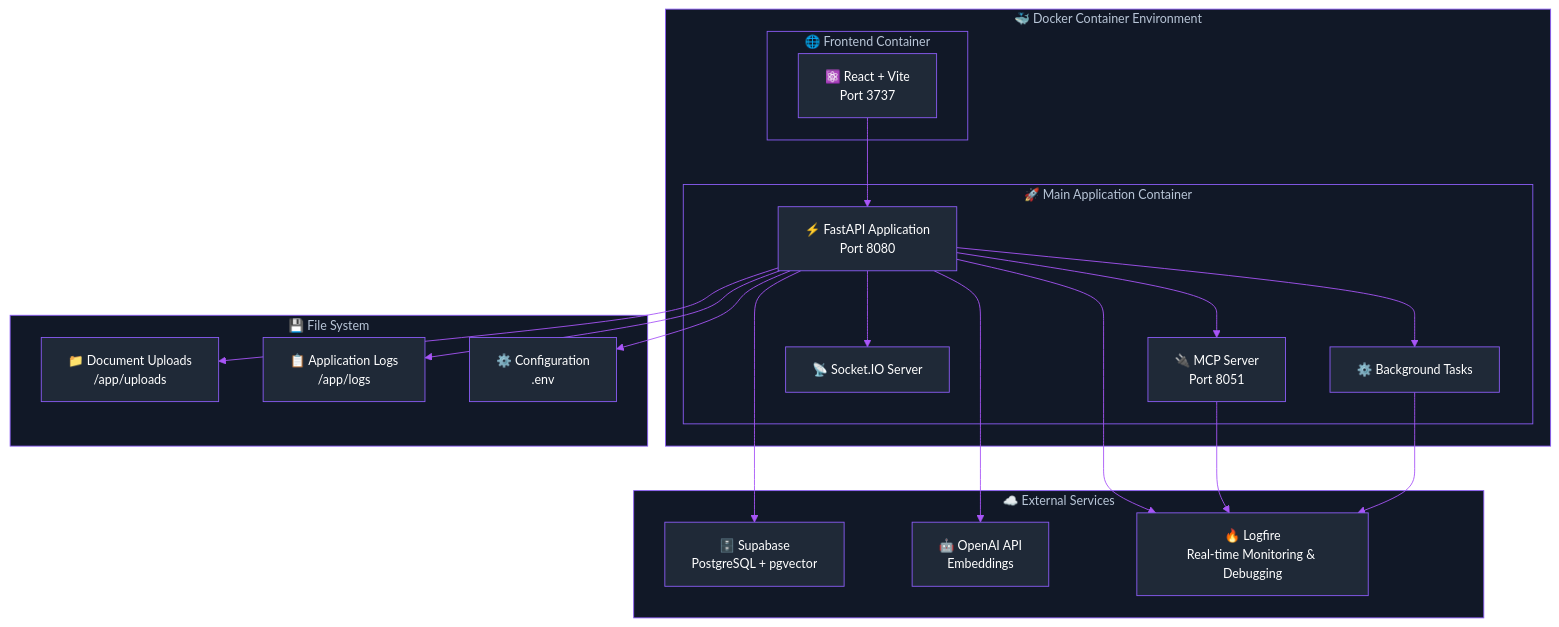
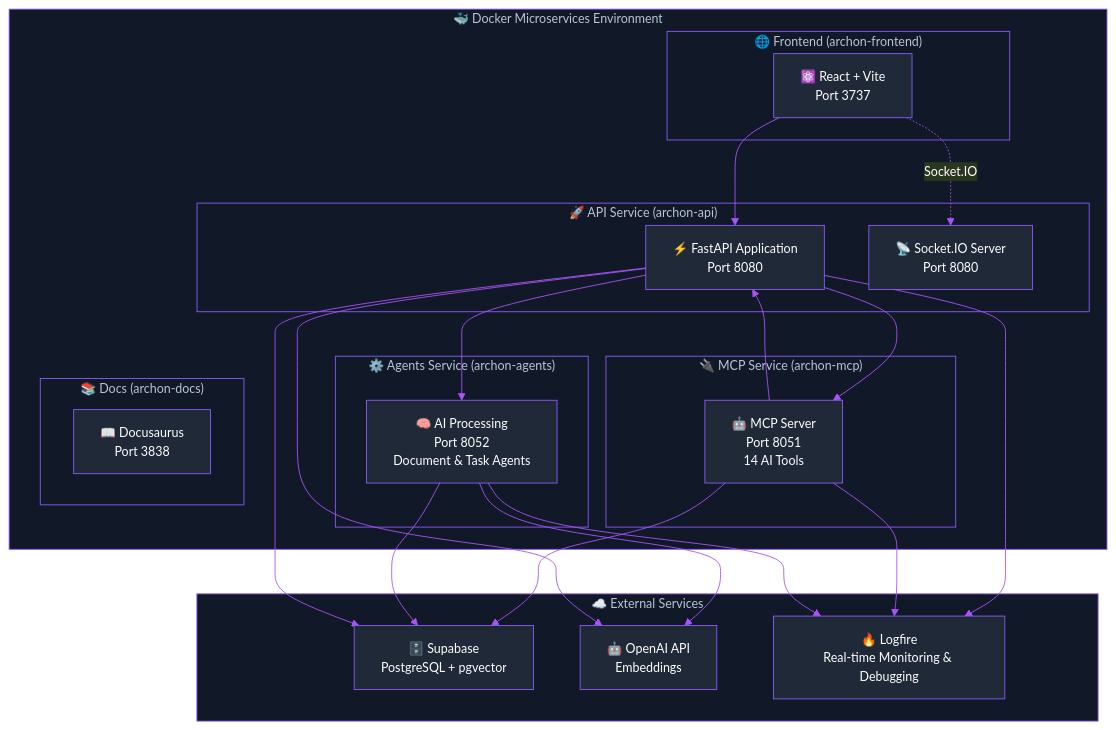
The diagram in docs/docs/server.mdx (tarsonis125/mcp-crawl4ai-rag-ChromaDB-V1), drawn with Mermaid before and after one commit. The commit also changed other lines of this file and 36 other files, not shown here.

First line of the commit message:
refactor: transition to microservices architecture with Socket.IO integration

````diff
--- a/docs/docs/server.mdx
+++ b/docs/docs/server.mdx
@@ -24,58 +24,63 @@
 ```mermaid
 %%{init:{
   'theme':'base',
   'themeVariables': {
     'primaryColor':'#1f2937',
     'primaryTextColor':'#ffffff',
     'primaryBorderColor':'#8b5cf6',
     'lineColor':'#a855f7',
     'textColor':'#ffffff',
     'fontFamily':'Inter',
     'fontSize':'14px',
     'background':'#000000',
     'mainBkg':'#1f2937',
     'secondBkg':'#111827',
     'borderColor':'#8b5cf6',
     'clusterBkg':'#111827',
     'clusterBorder':'#8b5cf6'
   }
 }}%%
 graph TB
-    subgraph "🐳 Docker Container Environment"
-        subgraph "🚀 Main Application Container"
+    subgraph "🐳 Docker Microservices Environment"
+        subgraph "🚀 API Service (archon-api)"
             FastAPI["⚡ FastAPI Application<br/>Port 8080"]
-            MCP["🔌 MCP Server<br/>Port 8051"]
-            WS["📡 Socket.IO Server"]
-            BG["⚙️ Background Tasks"]
+            WS["📡 Socket.IO Server<br/>Port 8080"]
         end
         
-        subgraph "🌐 Frontend Container"
+        subgraph "🔌 MCP Service (archon-mcp)"
+            MCP["🤖 MCP Server<br/>Port 8051<br/>14 AI Tools"]
+        end
+        
+        subgraph "⚙️ Agents Service (archon-agents)"
+            Agents["🧠 AI Processing<br/>Port 8052<br/>Document & Task Agents"]
+        end
+        
+        subgraph "🌐 Frontend (archon-frontend)"
             React["⚛️ React + Vite<br/>Port 3737"]
+        end
+        
+        subgraph "📚 Docs (archon-docs)"
+            Docs["📖 Docusaurus<br/>Port 3838"]
         end
     end
     
     subgraph "☁️ External Services"
         Supabase["🗄️ Supabase<br/>PostgreSQL + pgvector"]
         OpenAI["🤖 OpenAI API<br/>Embeddings"]
         Logfire["🔥 Logfire<br/>Real-time Monitoring & Debugging"]
     end
     
-    subgraph "💾 File System"
-        Uploads["📁 Document Uploads<br/>/app/uploads"]
-        Logs["📋 Application Logs<br/>/app/logs"]
-        Config["⚙️ Configuration<br/>.env"]
-    end
-    
     React --> FastAPI
+    React -.->|Socket.IO| WS
+    FastAPI --> Agents
     FastAPI --> MCP
-    FastAPI --> WS
-    FastAPI --> BG
+    MCP --> Supabase
+    MCP --> FastAPI
+    Agents --> Supabase
+    Agents --> OpenAI
     FastAPI --> Supabase
     FastAPI --> OpenAI
     FastAPI --> Logfire
-    FastAPI --> Uploads
-    FastAPI --> Logs
-    FastAPI --> Config
     MCP --> Logfire
-    BG --> Logfire
+    Agents --> Logfire
 ```
````
